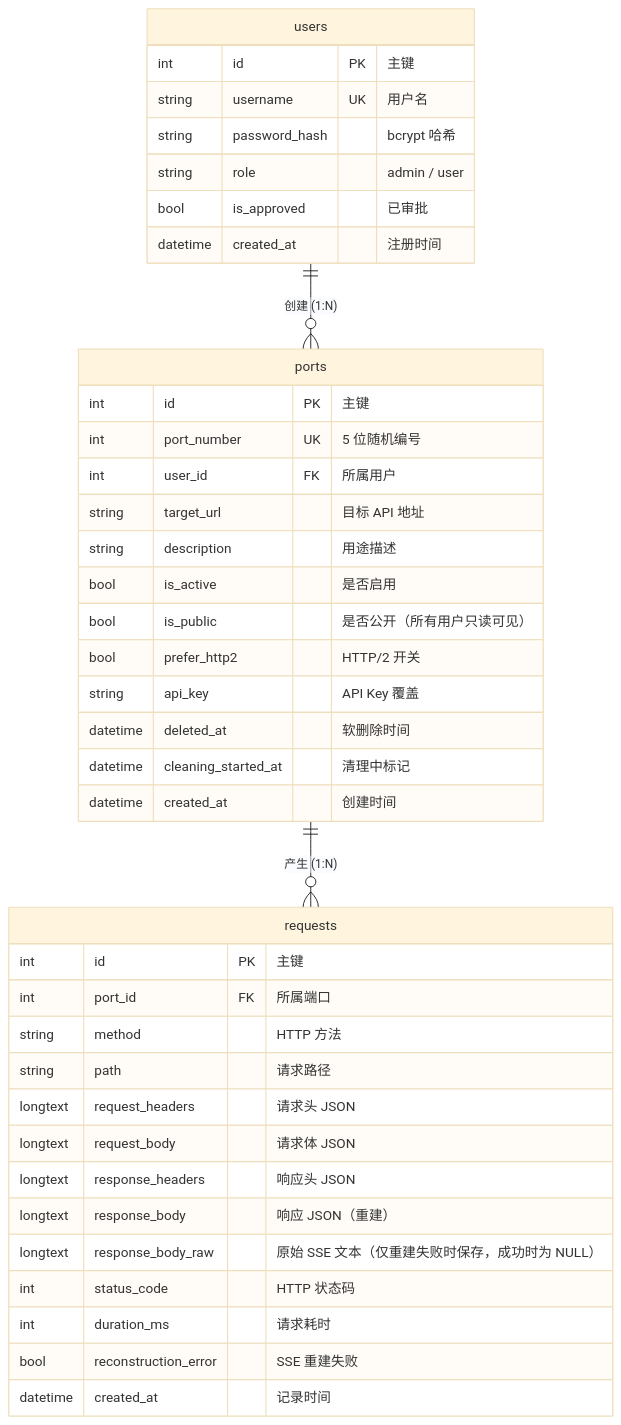
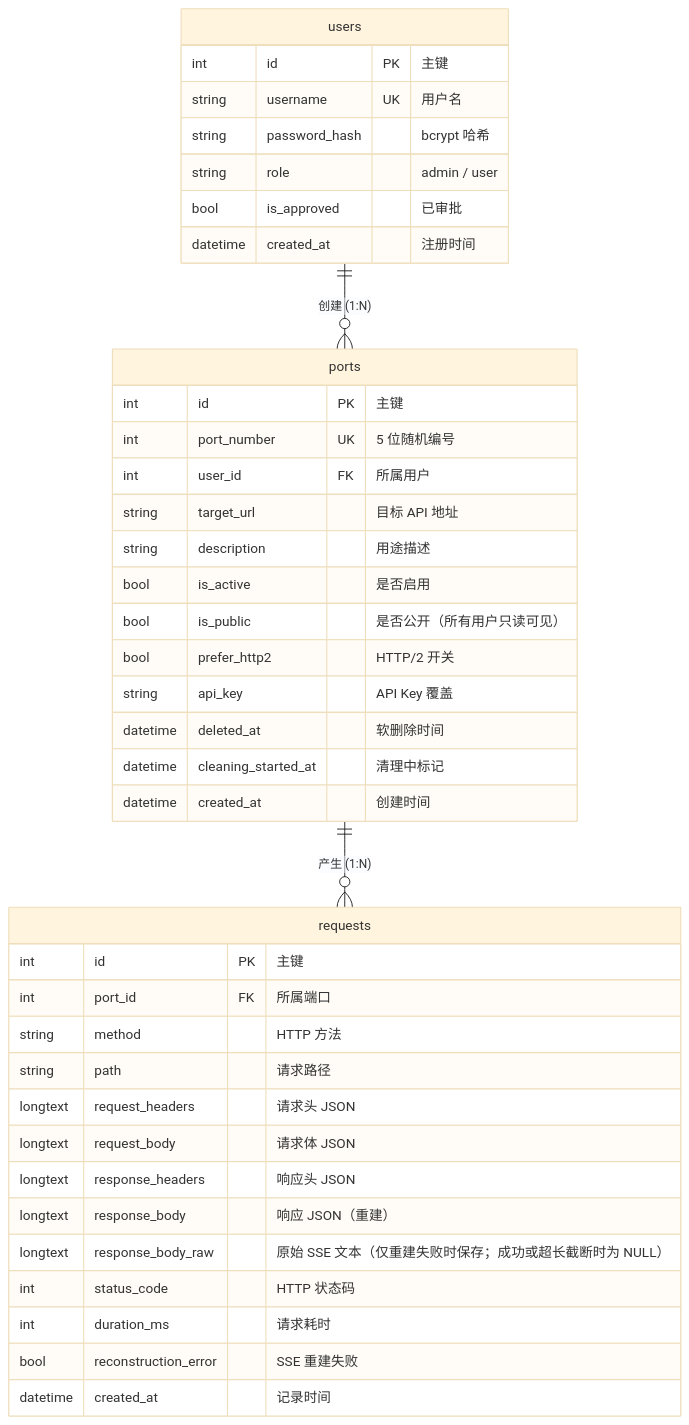
One commit to HaoCheng-Wang/llm-proxy changed diagram 12 of 31 in README.md. Above: the diagram before and after it, drawn with Mermaid (base theme). The commit also changed other lines of this file and 9 other files, not shown here.

````diff
--- a/README.md
+++ b/README.md
@@ -934,45 +944,45 @@
 ```mermaid
 erDiagram
     users ||--o{ ports : "创建 (1:N)"
     ports ||--o{ requests : "产生 (1:N)"
 
     users {
         int id PK "主键"
         string username UK "用户名"
         string password_hash "bcrypt 哈希"
         string role "admin / user"
         bool is_approved "已审批"
         datetime created_at "注册时间"
     }
 
     ports {
         int id PK "主键"
         int port_number UK "5 位随机编号"
         int user_id FK "所属用户"
         string target_url "目标 API 地址"
         string description "用途描述"
         bool is_active "是否启用"
         bool is_public "是否公开（所有用户只读可见）"
         bool prefer_http2 "HTTP/2 开关"
         string api_key "API Key 覆盖"
         datetime deleted_at "软删除时间"
         datetime cleaning_started_at "清理中标记"
         datetime created_at "创建时间"
     }
 
     requests {
         int id PK "主键"
         int port_id FK "所属端口"
         string method "HTTP 方法"
         string path "请求路径"
         longtext request_headers "请求头 JSON"
         longtext request_body "请求体 JSON"
         longtext response_headers "响应头 JSON"
         longtext response_body "响应 JSON（重建）"
-        longtext response_body_raw "原始 SSE 文本（仅重建失败时保存，成功时为 NULL）"
+        longtext response_body_raw "原始 SSE 文本（仅重建失败时保存；成功或超长截断时为 NULL）"
         int status_code "HTTP 状态码"
         int duration_ms "请求耗时"
         bool reconstruction_error "SSE 重建失败"
         datetime created_at "记录时间"
     }
 ```
````
